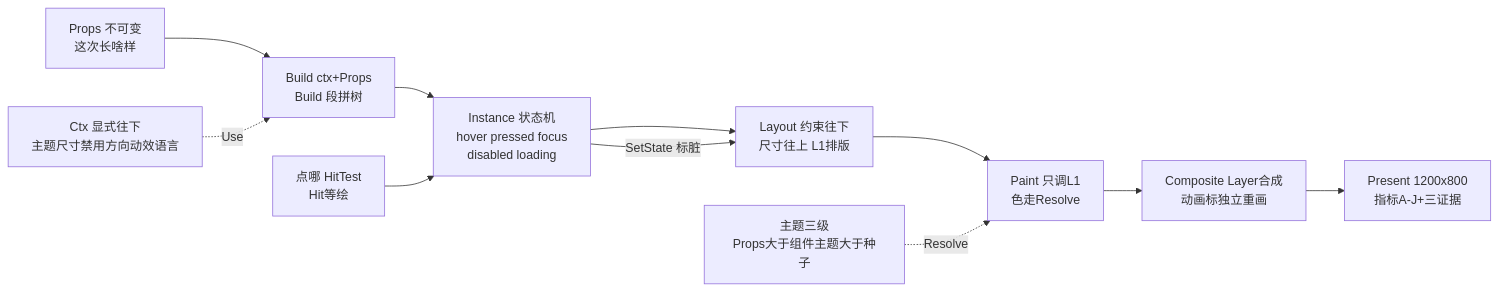
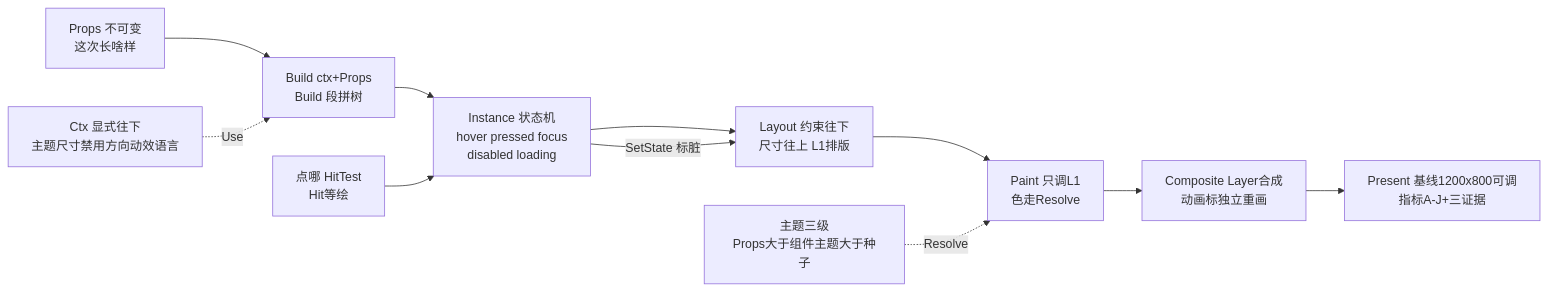
The second of 2 diagrams in docs/antd/ARCH_DIAGRAM.md (energye/gpui), drawn with Mermaid before and after one commit. The commit also changed 2 other files, not shown here.

Commit message:
docs(antd): 真窗可调大小，1200x800改为基线
- F0五个真窗+组件真窗：基线1200x800可调，必做一次调大小回基线
- ARCH_DIAGRAM Present格同步基线口径

````diff
--- a/docs/antd/ARCH_DIAGRAM.md
+++ b/docs/antd/ARCH_DIAGRAM.md
@@ -22,13 +22,13 @@
 ```mermaid
 flowchart LR
     P["Props 不可变<br/>这次长啥样"] --> B["Build<Comp> ctx+Props<br/>Build 段拼树"]
     B --> S["Instance 状态机<br/>hover pressed focus<br/>disabled loading"]
     S --> L["Layout 约束往下<br/>尺寸往上 L1排版"]
     L --> PT["Paint 只调L1<br/>色走Resolve"]
     PT --> C["Composite Layer合成<br/>动画标独立重画"]
-    C --> PR["Present 1200x800<br/>指标A-J+三证据"]
+    C --> PR["Present 基线1200x800可调<br/>指标A-J+三证据"]
     HIT["点哪 HitTest<br/>Hit等绘"] --> S
     S -->|SetState 标脏| L
     TH["主题三级<br/>Props大于组件主题大于种子"] -.Resolve.-> PT
     CTX["Ctx 显式往下<br/>主题尺寸禁用方向动效语言"] -.Use.-> B
 ```
````
